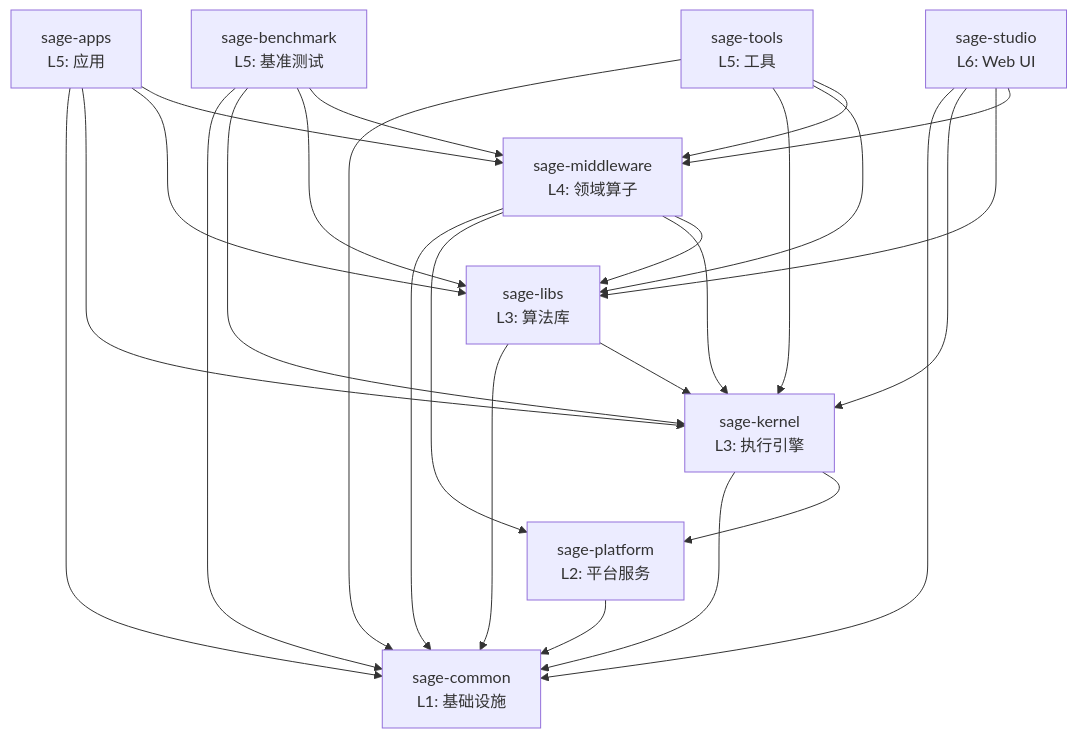
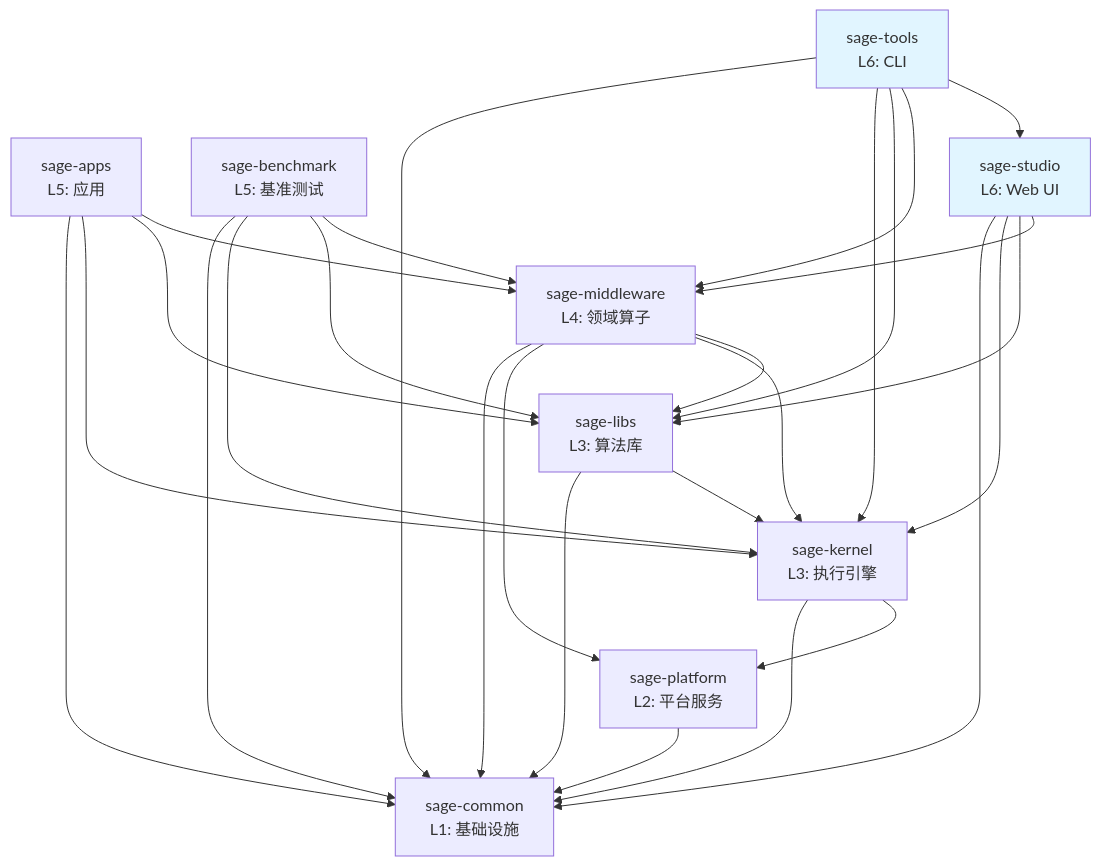
The diagram in docs/PACKAGE_ARCHITECTURE.md (intellistream/SAGE), drawn with Mermaid before and after one commit. The commit also changed other lines of this file and 1 other file, not shown here.

First line of the commit message:
refactor(architecture): Move sage-tools to L6 (Interface Layer)

````diff
--- a/docs/PACKAGE_ARCHITECTURE.md
+++ b/docs/PACKAGE_ARCHITECTURE.md
@@ -252,49 +263,53 @@
 ```mermaid
 graph TD
     common[sage-common<br/>L1: 基础设施]
     
     platform[sage-platform<br/>L2: 平台服务]
     
     kernel[sage-kernel<br/>L3: 执行引擎]
     libs[sage-libs<br/>L3: 算法库]
     
     middleware[sage-middleware<br/>L4: 领域算子]
     
     apps[sage-apps<br/>L5: 应用]
     benchmark[sage-benchmark<br/>L5: 基准测试]
-    tools[sage-tools<br/>L5: 工具]
     
     studio[sage-studio<br/>L6: Web UI]
+    tools[sage-tools<br/>L6: CLI]
     
     platform --> common
     
     kernel --> common
     kernel --> platform
     libs --> common
     libs --> kernel
     
     middleware --> common
     middleware --> platform
     middleware --> kernel
     middleware --> libs
     
     apps --> common
     apps --> kernel
     apps --> libs
     apps --> middleware
     
     benchmark --> common
     benchmark --> kernel
     benchmark --> libs
     benchmark --> middleware
     
+    studio --> common
+    studio --> kernel
+    studio --> libs
+    studio --> middleware
+    
     tools --> common
     tools --> kernel
     tools --> libs
     tools --> middleware
+    tools --> studio
     
-    studio --> common
-    studio --> kernel
-    studio --> libs
-    studio --> middleware
+    style studio fill:#e1f5ff
+    style tools fill:#e1f5ff
 ```
````
